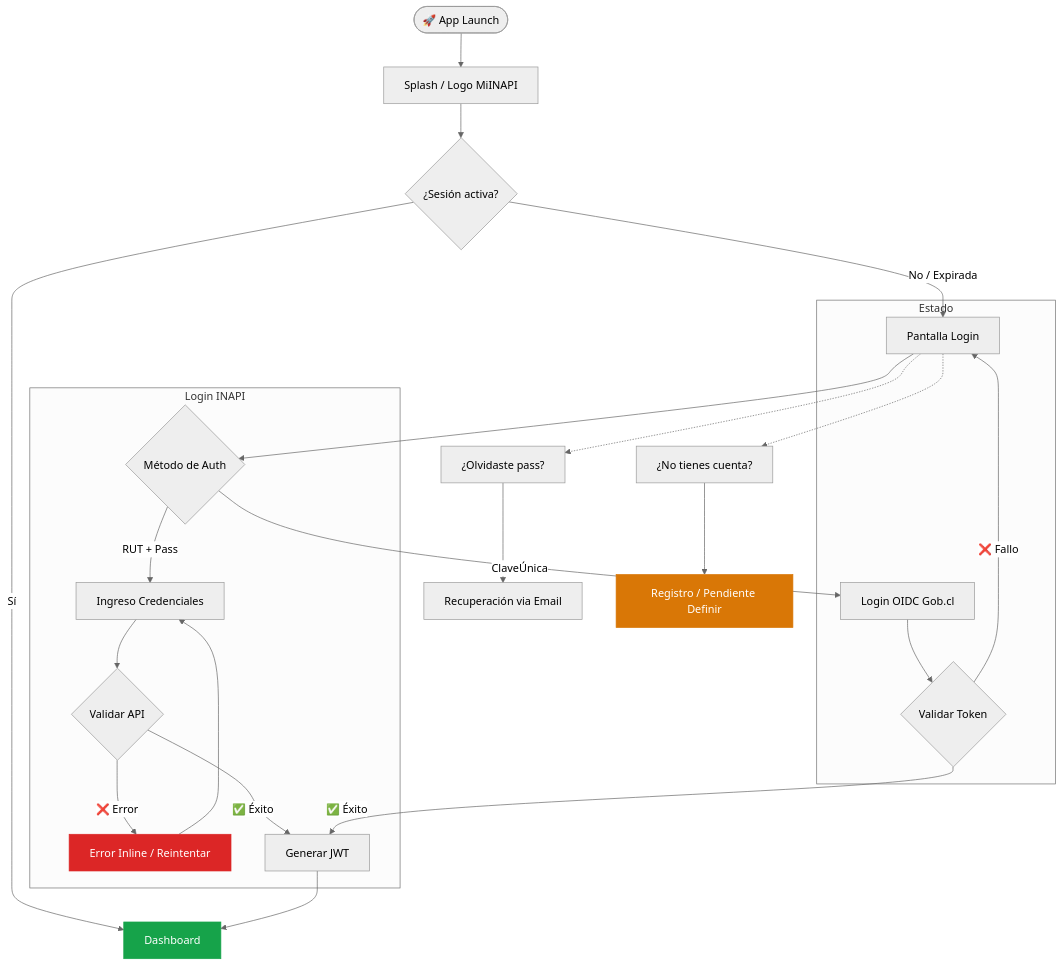
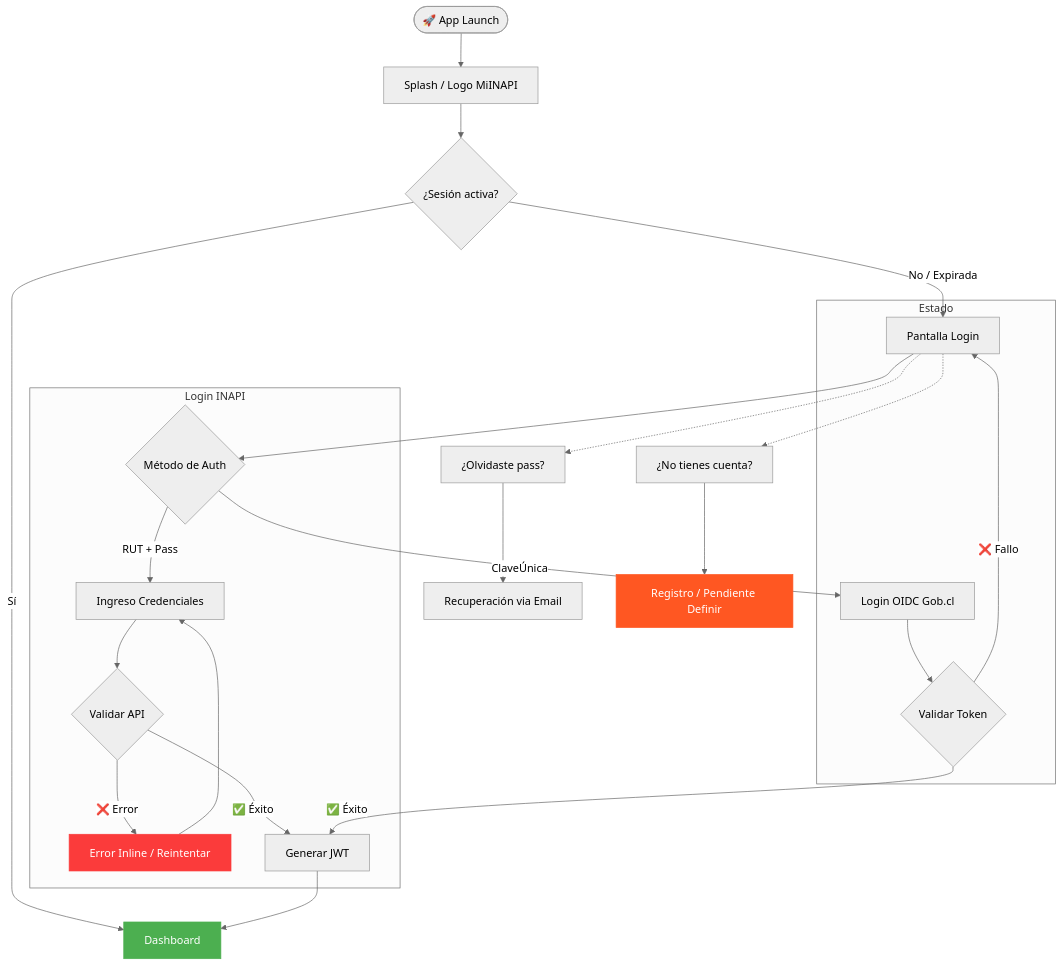
One commit to Fernandodesign96/mi-inapi-app changed the first of 8 diagrams in docs/FLOW_DIAGRAMS.md. Above: the diagram before and after it, drawn with Mermaid (neutral theme). The commit also changed other lines of this file and 21 other files, not shown here.

````diff
--- a/docs/FLOW_DIAGRAMS.md
+++ b/docs/FLOW_DIAGRAMS.md
@@ -10,34 +12,34 @@
 ```mermaid
 flowchart TD
     A([🚀 App Launch]) --> B[Splash / Logo MiINAPI]
     B --> C{¿Sesión activa?}
     
     C -->|Sí| D[Dashboard]
     C -->|No / Expirada| E[Pantalla Login]
 
     E --> F{Método de Auth}
     
     subgraph Credenciales_Internas [Login INAPI]
         F -->|RUT + Pass| G[Ingreso Credenciales]
         G --> H{Validar API}
         H -->|❌ Error| I[Error Inline / Reintentar]
         I --> G
         H -->|✅ Éxito| J[Generar JWT]
     end
 
     subgraph Auth_Externa [Estado]
         F -->|ClaveÚnica| L[Login OIDC Gob.cl]
         L --> M{Validar Token}
         M -->|❌ Fallo| E
         M -->|✅ Éxito| J
     end
 
     J --> D
 
     E -.-> P[¿Olvidaste pass?] --> Q[Recuperación via Email]
     E -.-> R[¿No tienes cuenta?] --> S[Registro / Pendiente Definir]
 
-    style D fill:#16A34A,stroke:#16A34A,color:#fff
-    style I fill:#DC2626,stroke:#DC2626,color:#fff
-    style S fill:#D97706,stroke:#D97706,color:#fff
+    style D fill:#4CAF50,stroke:#4CAF50,color:#fff
+    style I fill:#FB3B3B,stroke:#FB3B3B,color:#fff
+    style S fill:#FF5722,stroke:#FF5722,color:#fff
 ```
````
